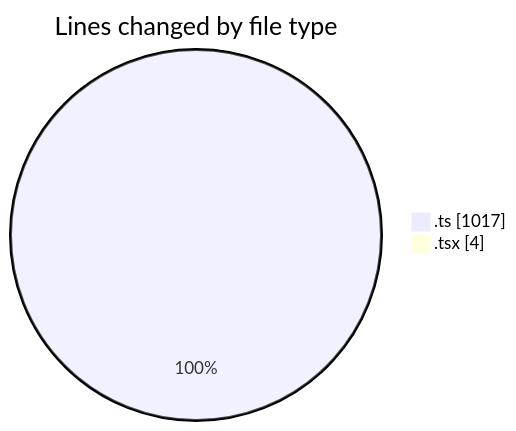
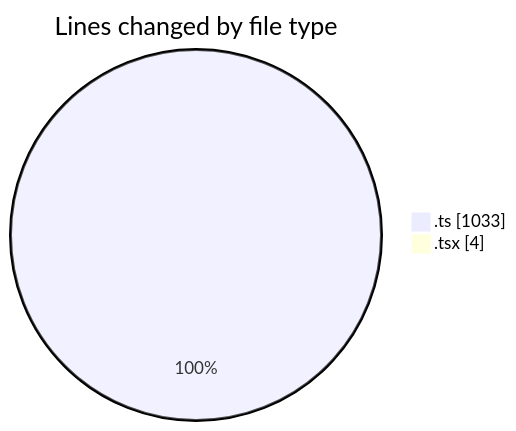
One commit to momahboobian/code-tracking changed the first of 2 diagrams in 2025-09-11/cda/README.md. Above: the diagram before and after it, drawn with Mermaid. The commit also changed other lines of this file and 1 other file, not shown here.

````diff
--- a/2025-09-11/cda/README.md
+++ b/2025-09-11/cda/README.md
@@ -24,6 +24,6 @@
 ```mermaid
 pie showData
 title Lines changed by file type
-".ts" : 1017
+".ts" : 1033
 ".tsx" : 4
 ```
````
